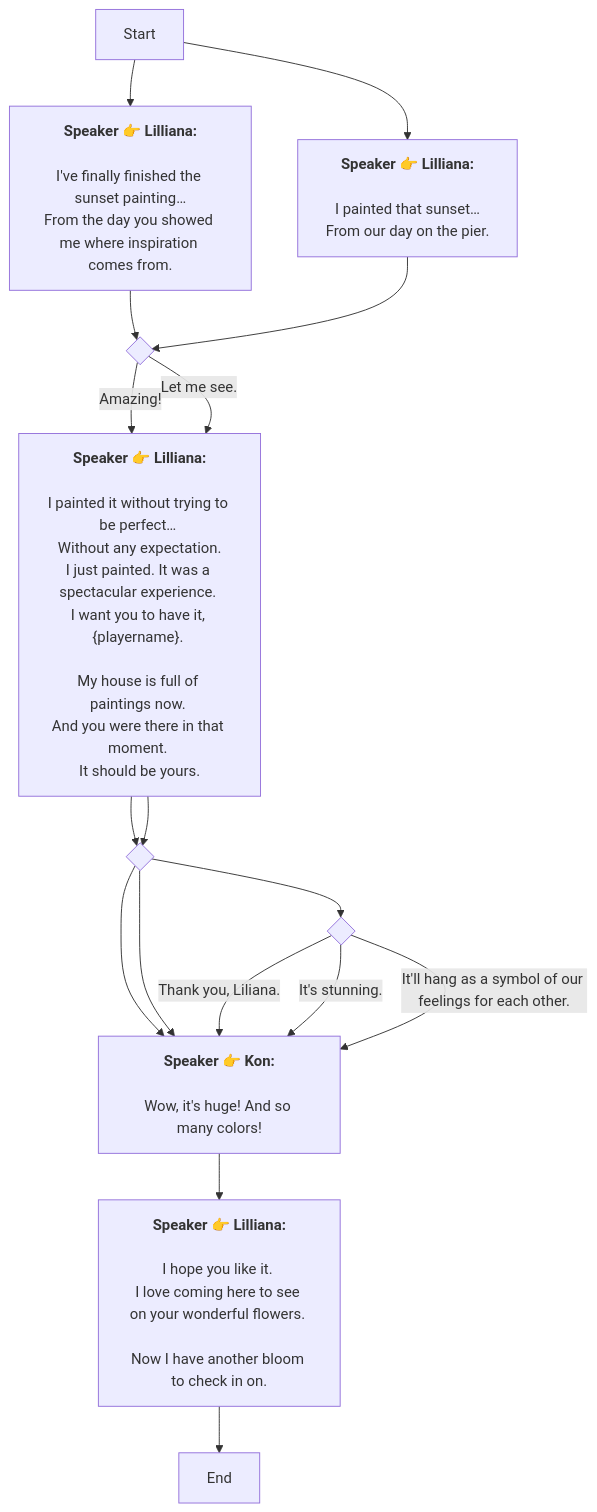
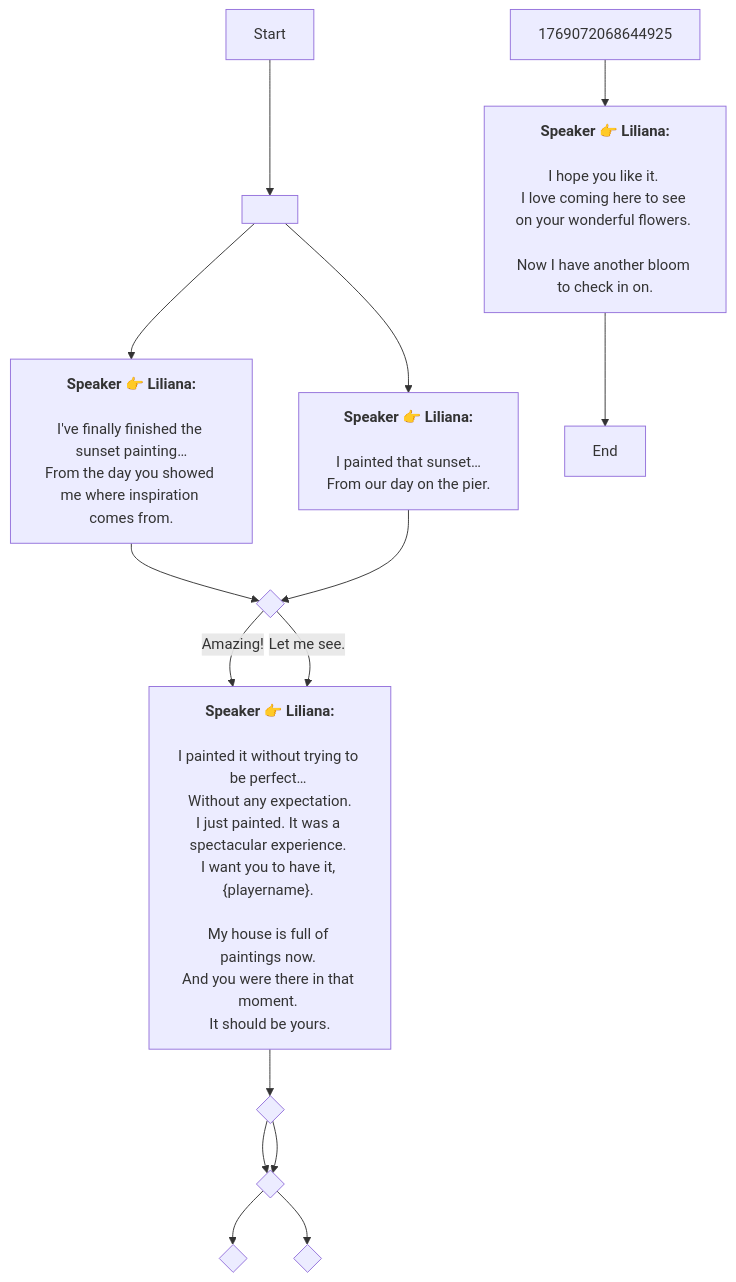
The diagram in En/Dialog_55283482638693.md (SoftHu/tos_avg), drawn with Mermaid before and after one commit. The commit also changed 737 other files, not shown here.

````diff
--- a/En/Dialog_55283482638693.md
+++ b/En/Dialog_55283482638693.md
@@ -1,61 +1,39 @@
 ```mermaid
 graph
-Start -->1769071760548902[<b>Speaker 👉 Lilliana:</b>
-
-I've finally finished the sunset painting…
+Start -->1769071820543015[ ]
+1769071820543015 -->1769071760548902[<b>Speaker 👉 Liliana:</b>
+\nI've finally finished the sunset painting…
 From the day you showed me where inspiration comes from.]
-Start -->1769071861997608[<b>Speaker 👉 Lilliana:</b>
-
-I painted that sunset…
+1769071820543015 -->1769071861997608[<b>Speaker 👉 Liliana:</b>
+\nI painted that sunset…
 From our day on the pier.]
-1769071760548902 -->1769071920203817{ }
-1769071920203817 -->|Amazing! |1769071941941294[<b>Speaker 👉 Lilliana:</b>
-
-I painted it without trying to be perfect… 
-Without any expectation.
-I just painted. It was a spectacular experience. 
+1769071760548902 -->442267940137225{ }
+1769071941941294 -->1769071990556719{ }
+1769071990556719 -->1769072035351605{ }
+1769071990556719 -->1769072035351605{ }
+1769072035351605 -->1769072008634416{ }
+1769072035351605 -->1769072045749306{ }
+1769072068644925 -->1769072096710718[<b>Speaker 👉 Liliana:</b>
+\nI hope you like it. 
+I love coming here to see on your wonderful flowers. 
+\nNow I have another bloom to check in on.]
+1769072096710718 -->1769072246800447[End]
+1769071861997608 -->442267940137225{ }
+442267940137225 -->|Amazing! |1769071941941294[<b>Speaker 👉 Liliana:</b>
+\nI painted it without trying to be perfect… 
+Without any expectation.\nI just painted. It was a spectacular experience. 
 I want you to have it, &lbrace;playername&rbrace;. 
-
-My house is full of paintings now. 
+\nMy house is full of paintings now. 
 And you were there in that moment. 
 It should be yours. 
 ]
-1769071920203817 -->|Let me see.  |1769071941941294[<b>Speaker 👉 Lilliana:</b>
-
-I painted it without trying to be perfect… 
-Without any expectation.
-I just painted. It was a spectacular experience. 
+442267940137225 -->|Let me see.  |1769071941941294[<b>Speaker 👉 Liliana:</b>
+\nI painted it without trying to be perfect… 
+Without any expectation.\nI just painted. It was a spectacular experience. 
 I want you to have it, &lbrace;playername&rbrace;. 
-
-My house is full of paintings now. 
+\nMy house is full of paintings now. 
 And you were there in that moment. 
 It should be yours. 
 ]
-1769071941941294 -->1769072035351605{ }
-1769071941941294 -->1769072035351605{ }
-1769072035351605 -->1769072045749306{ }
-1769072035351605 -->1769072068644925[<b>Speaker 👉 Kon:</b>
 
-Wow, it's huge! And so many colors!]
-1769072035351605 -->1769072068644925[<b>Speaker 👉 Kon:</b>
-
-Wow, it's huge! And so many colors!]
-1769072068644925 -->1769072096710718[<b>Speaker 👉 Lilliana:</b>
-
-I hope you like it. 
-I love coming here to see on your wonderful flowers. 
-
-Now I have another bloom to check in on.]
-1769072096710718 -->1769072246800447[End]
-1769072045749306 -->|Thank you, Liliana.|1769072068644925[<b>Speaker 👉 Kon:</b>
-
-Wow, it's huge! And so many colors!]
-1769072045749306 -->|It's stunning.|1769072068644925[<b>Speaker 👉 Kon:</b>
-
-Wow, it's huge! And so many colors!]
-1769072045749306 -->|It'll hang as a symbol of our feelings for each other.|1769072068644925[<b>Speaker 👉 Kon:</b>
-
-Wow, it's huge! And so many colors!]
-1769071861997608 -->1769071920203817{ }
-
- ```
+```
````
